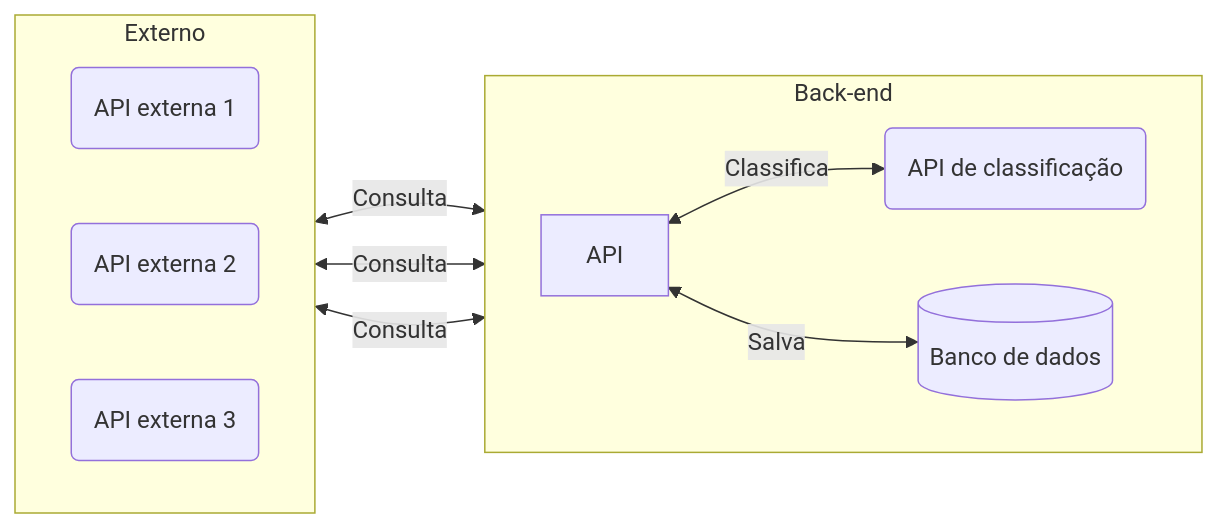
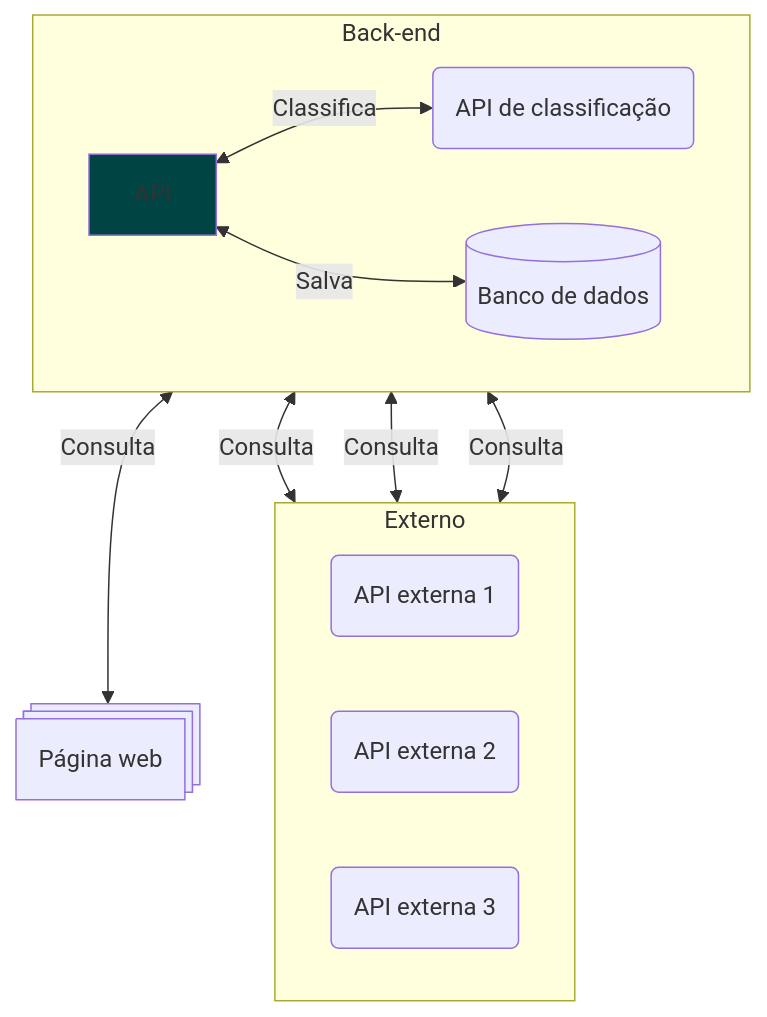
Before and after one commit to jjpaulo2/architecture: the first of 2 diagrams in issues/01 - Slowly APIs integrations.md, drawn with Mermaid. The commit also changed other lines of this file, not shown here.

````diff
--- a/issues/01 - Slowly APIs integrations.md
+++ b/issues/01 - Slowly APIs integrations.md
@@ -13,21 +15,25 @@
 ```mermaid
-flowchart LR
+flowchart BT
+    web_page@{ shape: procs, label: "Página web"}
     subgraph Externo
-        direction RL
+        direction LR
         external_api_1(API externa 1)
         external_api_2(API externa 2)
         external_api_3(API externa 3)
     end
     subgraph Back-end
         direction RL
         api[API]
         classifier_api(API de classificação)
         db[(Banco de dados)]
     end
 
+    style api fill:#044
+
+    web_page <-->|Consulta| api
+    classifier_api <-->|Classifica| api
+    db <-->|Salva| api
     external_api_1 <-->|Consulta| api
     external_api_2 <-->|Consulta| api
     external_api_3 <-->|Consulta| api
-    classifier_api <-->|Classifica| api
-    db <-->|Salva| api
 ```
````
